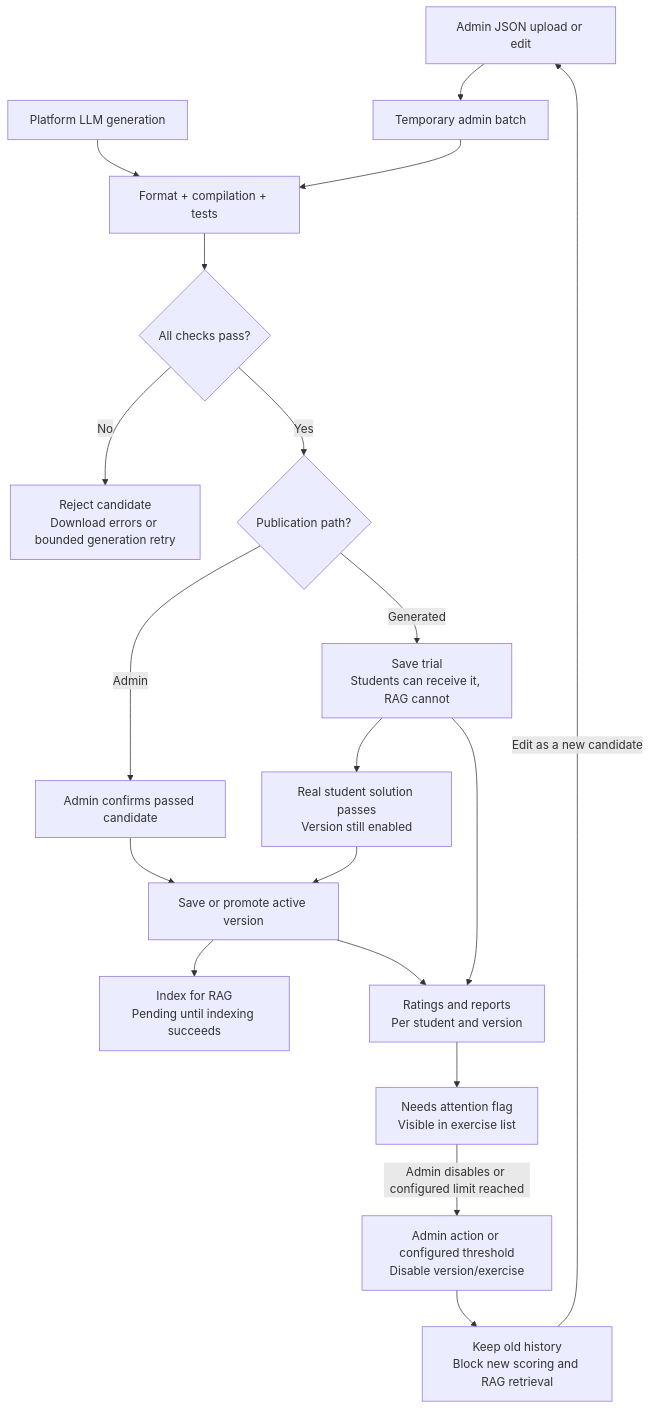
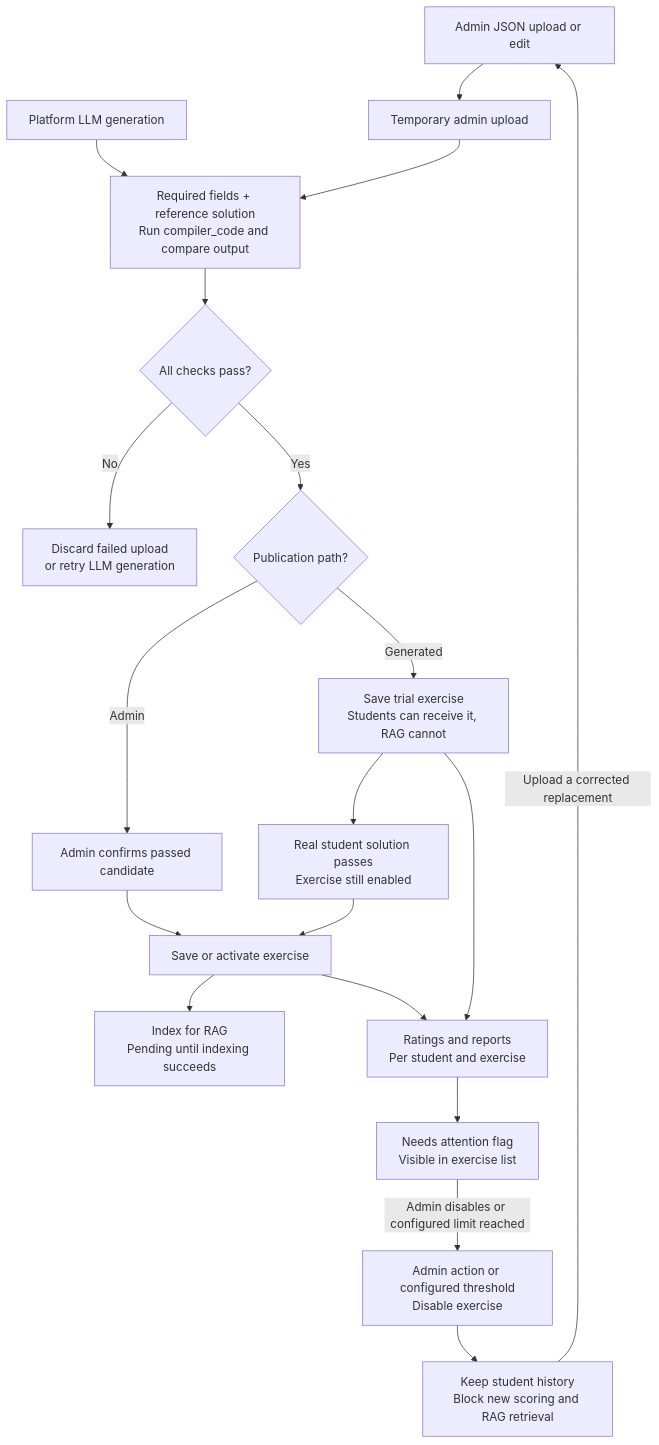
One commit to Rspinelli93/Trancendece changed the diagram in option-3/Diagrams/07-exercise-lifecycle.mmd. Above: the diagram before and after it, drawn with Mermaid. The commit also changed 24 other files, not shown here.

```diff
--- a/option-3/Diagrams/07-exercise-lifecycle.mmd
+++ b/option-3/Diagrams/07-exercise-lifecycle.mmd
@@ -1,35 +1,35 @@
 flowchart TD
     Admin["Admin JSON upload or edit"]
     Generate["Platform LLM generation"]
-    Temp["Temporary admin batch"]
-    Checks["Format + compilation + tests"]
+    Temp["Temporary admin upload"]
+    Checks["Required fields + reference solution<br/>Run compiler_code and compare output"]
     Good{"All checks pass?"}
-    Failed["Reject candidate<br/>Download errors or bounded generation retry"]
+    Failed["Discard failed upload<br/>or retry LLM generation"]
     Origin{"Publication path?"}
     Confirm["Admin confirms passed candidate"]
-    Trial["Save trial<br/>Students can receive it, RAG cannot"]
-    Student["Real student solution passes<br/>Version still enabled"]
-    Active["Save or promote active version"]
+    Trial["Save trial exercise<br/>Students can receive it, RAG cannot"]
+    Student["Real student solution passes<br/>Exercise still enabled"]
+    Active["Save or activate exercise"]
     Index["Index for RAG<br/>Pending until indexing succeeds"]
-    Feedback["Ratings and reports<br/>Per student and version"]
+    Feedback["Ratings and reports<br/>Per student and exercise"]
     Review["Needs attention flag<br/>Visible in exercise list"]
-    Disable["Admin action or configured threshold<br/>Disable version/exercise"]
-    Retain["Keep old history<br/>Block new scoring and RAG retrieval"]
+    Disable["Admin action or configured threshold<br/>Disable exercise"]
+    Retain["Keep student history<br/>Block new scoring and RAG retrieval"]
     Admin --> Temp
     Temp --> Checks
     Generate --> Checks
     Checks --> Good
     Good -->|"No"| Failed
     Good -->|"Yes"| Origin
     Origin -->|"Admin"| Confirm
     Origin -->|"Generated"| Trial
     Trial --> Student
     Student --> Active
     Confirm --> Active
     Active --> Index
     Trial --> Feedback
     Active --> Feedback
     Feedback --> Review
     Review -->|"Admin disables or configured limit reached"| Disable
     Disable --> Retain
-    Retain -->|"Edit as a new candidate"| Admin
+    Retain -->|"Upload a corrected replacement"| Admin
```
